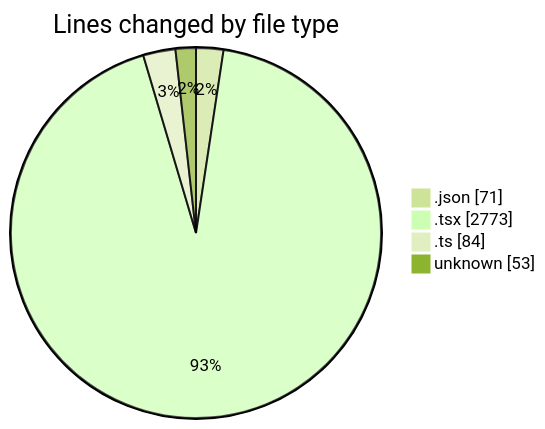
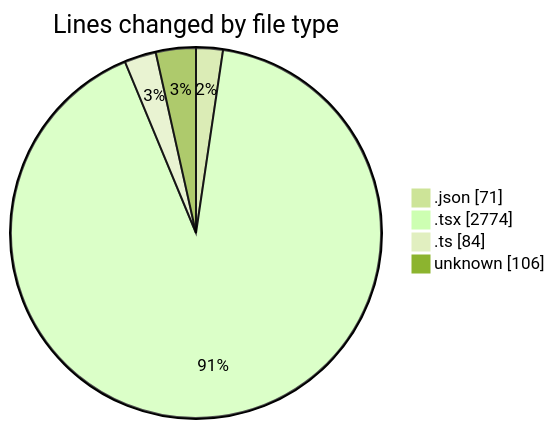
Before and after one commit to momahboobian/code-tracking: the first of 2 diagrams in 2026-01-29/cda/README.md, drawn with Mermaid (forest theme). The commit also changed other lines of this file and 1 other file, not shown here.

````diff
--- a/2026-01-29/cda/README.md
+++ b/2026-01-29/cda/README.md
@@ -23,8 +23,8 @@
 ```mermaid
 pie showData
 title Lines changed by file type
 ".json" : 71
-".tsx" : 2773
+".tsx" : 2774
 ".ts" : 84
-"unknown" : 53
+"unknown" : 106
 ```
````
